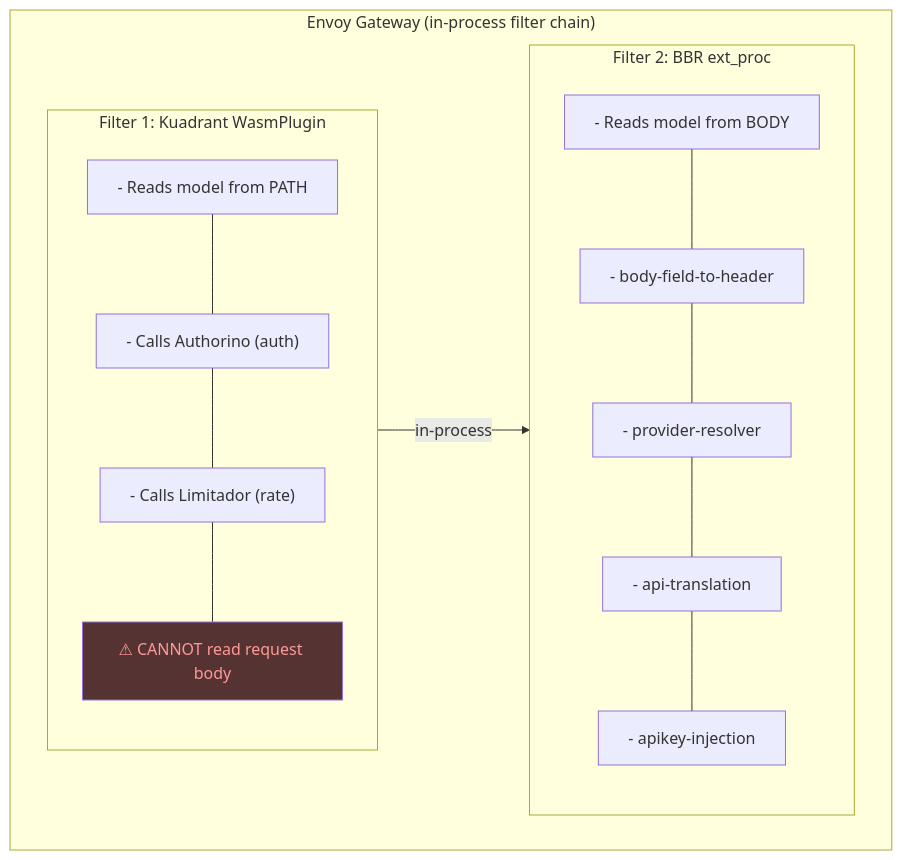
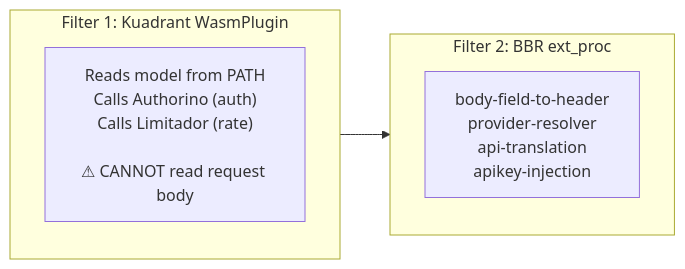
One commit to noyitz/maas-designs changed the first of 11 diagrams in unified-gateway-bbr-proposal/proposal.md. Above: the diagram before and after it, drawn with Mermaid. The commit also changed other lines of this file, not shown here.

Commit message:
Simplify all diagrams: compact single-node per filter, remove arrow labels, eliminate dead space

````diff
--- a/unified-gateway-bbr-proposal/proposal.md
+++ b/unified-gateway-bbr-proposal/proposal.md
@@ -58,26 +58,10 @@
 ```mermaid
 graph LR
-    subgraph envoy["Envoy Gateway (in-process filter chain)"]
-        direction LR
-        subgraph f1["Filter 1: Kuadrant WasmPlugin"]
-            direction TB
-            A1["- Reads model from PATH"]
-            A2["- Calls Authorino (auth)"]
-            A3["- Calls Limitador (rate)"]
-            A4["⚠ CANNOT read request body"]
-            A1 --- A2 --- A3 --- A4
-        end
-        subgraph f2["Filter 2: BBR ext_proc"]
-            direction TB
-            B1["- Reads model from BODY"]
-            B2["- body-field-to-header"]
-            B3["- provider-resolver"]
-            B4["- api-translation"]
-            B5["- apikey-injection"]
-            B1 --- B2 --- B3 --- B4 --- B5
-        end
-        f1 -->|in-process| f2
+    subgraph f1["Filter 1: Kuadrant WasmPlugin"]
+        A1["Reads model from PATH<br/>Calls Authorino (auth)<br/>Calls Limitador (rate)<br/><br/>⚠ CANNOT read request body"]
     end
-
-    style A4 fill:#553333,color:#ff9999
+    subgraph f2["Filter 2: BBR ext_proc"]
+        B1["body-field-to-header<br/>provider-resolver<br/>api-translation<br/>apikey-injection"]
+    end
+    f1 --> f2
 ```
````
